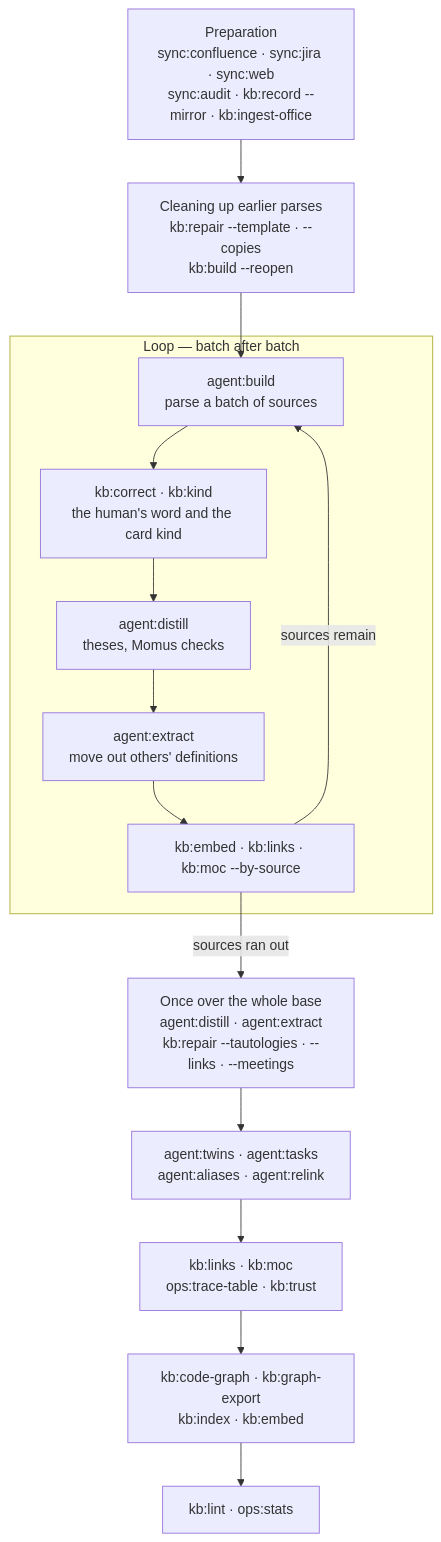
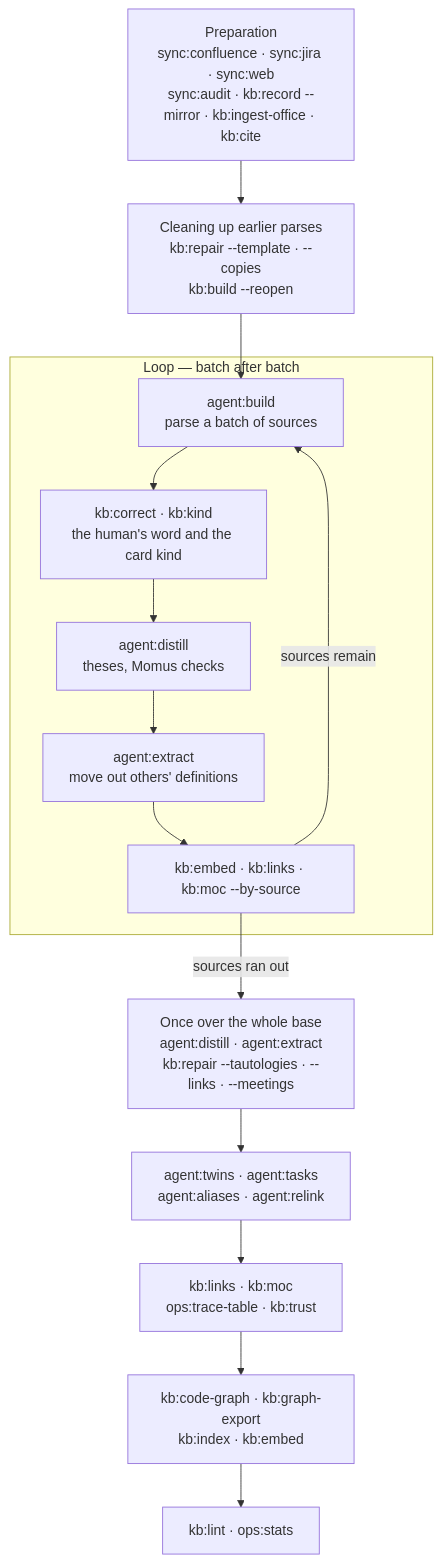
One commit to VVG-web/aurora-studio changed the second of 4 diagrams in docs/en/lifecycle.md. Above: the diagram before and after it, drawn with Mermaid. The commit also changed 24 other files, not shown here.

````diff
--- a/docs/en/lifecycle.md
+++ b/docs/en/lifecycle.md
@@ -84,17 +84,17 @@
 ```mermaid
 flowchart TD
-  A["Preparation<br>sync:confluence · sync:jira · sync:web<br>sync:audit · kb:record --mirror · kb:ingest-office"] --> B["Cleaning up earlier parses<br>kb:repair --template · --copies<br>kb:build --reopen"]
+  A["Preparation<br>sync:confluence · sync:jira · sync:web<br>sync:audit · kb:record --mirror · kb:ingest-office · kb:cite"] --> B["Cleaning up earlier parses<br>kb:repair --template · --copies<br>kb:build --reopen"]
   B --> C
   subgraph LOOP["Loop — batch after batch"]
     C["agent:build<br>parse a batch of sources"] --> D["kb:correct · kb:kind<br>the human's word and the card kind"]
     D --> E["agent:distill<br>theses, Momus checks"]
     E --> F["agent:extract<br>move out others' definitions"]
     F --> G["kb:embed · kb:links · kb:moc --by-source"]
   end
   G -->|"sources remain"| C
   G -->|"sources ran out"| H
   H["Once over the whole base<br>agent:distill · agent:extract<br>kb:repair --tautologies · --links · --meetings"] --> I["agent:twins · agent:tasks<br>agent:aliases · agent:relink"]
   I --> J["kb:links · kb:moc<br>ops:trace-table · kb:trust"]
   J --> K["kb:code-graph · kb:graph-export<br>kb:index · kb:embed"]
   K --> L["kb:lint · ops:stats"]
 ```
````
